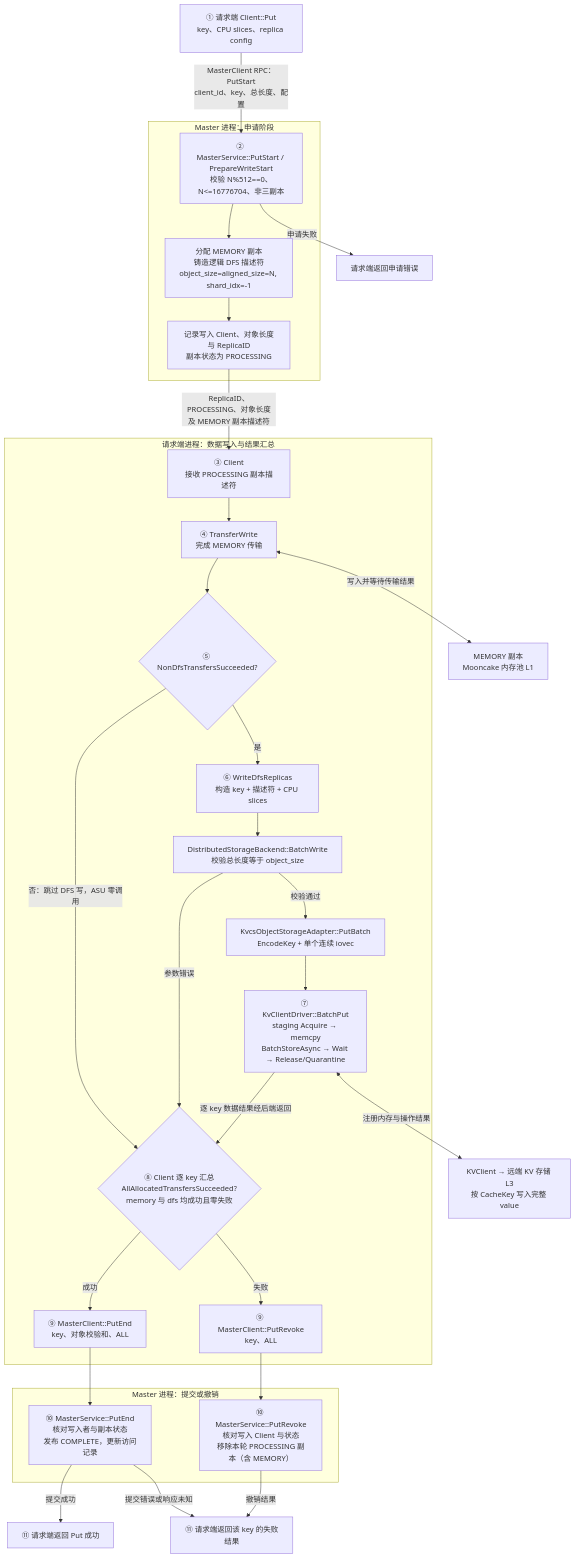
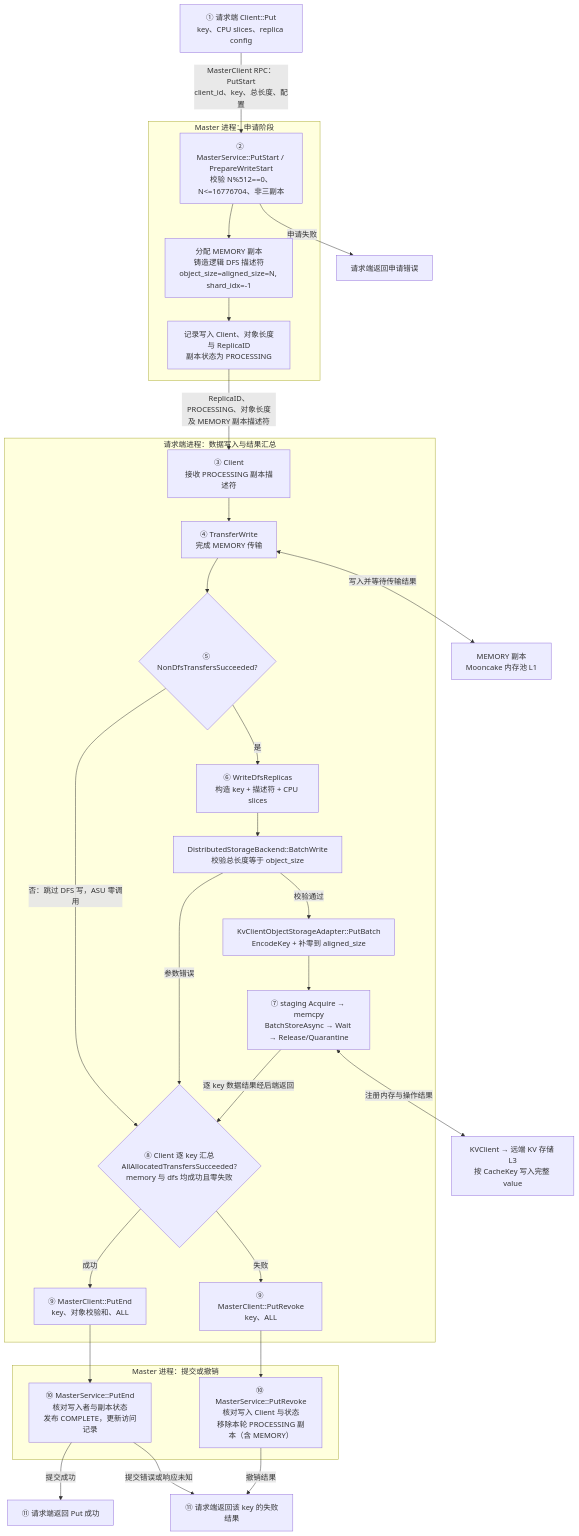
One commit to zwj20000328-dotcom/Mooncake-documents changed the fourth of 13 diagrams in Mooncake + KVClient L3 接入（Kvcs）- v3.md. Above: the diagram before and after it, drawn with Mermaid. The commit also changed other lines of this file, not shown here.

Commit message:
modified : Mooncake + KVClient L3 接入（Kvcs）- v3.md

````diff
--- a/Mooncake + KVClient L3 接入（Kvcs）- v3.md
+++ b/Mooncake + KVClient L3 接入（Kvcs）- v3.md
@@ -431,60 +390,60 @@
 ```mermaid
 flowchart TB
     C1["① 请求端 Client::Put<br/>key、CPU slices、replica config"]
 
     subgraph MasterStart["Master 进程：申请阶段"]
         START["② MasterService::PutStart / PrepareWriteStart<br/>校验 N%512==0、N<=16776704、非三副本"]
         ALLOC["分配 MEMORY 副本<br/>铸造逻辑 DFS 描述符<br/>object_size=aligned_size=N, shard_idx=-1"]
         META["记录写入 Client、对象长度与 ReplicaID<br/>副本状态为 PROCESSING"]
 
         START --> ALLOC
         ALLOC --> META
     end
 
     subgraph Request["请求端进程：数据写入与结果汇总"]
         C2["③ Client<br/>接收 PROCESSING 副本描述符"]
         T["④ TransferWrite<br/>完成 MEMORY 传输"]
         GATE{"⑤ NonDfsTransfersSucceeded?"}
         W["⑥ WriteDfsReplicas<br/>构造 key + 描述符 + CPU slices"]
         B["DistributedStorageBackend::BatchWrite<br/>校验总长度等于 object_size"]
-        O["KvcsObjectStorageAdapter::PutBatch<br/>EncodeKey + 单个连续 iovec"]
-        D["⑦ KvClientDriver::BatchPut<br/>staging Acquire → memcpy<br/>BatchStoreAsync → Wait → Release/Quarantine"]
+        O["KvClientObjectStorageAdapter::PutBatch<br/>EncodeKey + 补零到 aligned_size"]
+        D["⑦ staging Acquire → memcpy<br/>BatchStoreAsync → Wait → Release/Quarantine"]
         J{"⑧ Client 逐 key 汇总<br/>AllAllocatedTransfersSucceeded?<br/>memory 与 dfs 均成功且零失败"}
         END["⑨ MasterClient::PutEnd<br/>key、对象校验和、ALL"]
         REVOKE["⑨ MasterClient::PutRevoke<br/>key、ALL"]
 
         C2 --> T
         T --> GATE
         GATE -->|"是"| W
         GATE -->|"否：跳过 DFS 写，ASU 零调用"| J
         W --> B
         B -->|"校验通过"| O
         B -->|"参数错误"| J
         O --> D
         D -->|"逐 key 数据结果经后端返回"| J
         J -->|"成功"| END
         J -->|"失败"| REVOKE
     end
 
     subgraph MasterFinish["Master 进程：提交或撤销"]
         COMMIT["⑩ MasterService::PutEnd<br/>核对写入者与副本状态<br/>发布 COMPLETE，更新访问记录"]
         ABORT["⑩ MasterService::PutRevoke<br/>核对写入 Client 与状态<br/>移除本轮 PROCESSING 副本（含 MEMORY）"]
     end
 
     OK["⑪ 请求端返回 Put 成功"]
     FAIL["⑪ 请求端返回该 key 的失败结果"]
     REJECT["请求端返回申请错误"]
     RAM["MEMORY 副本<br/>Mooncake 内存池 L1"]
     S["KVClient → 远端 KV 存储 L3<br/>按 CacheKey 写入完整 value"]
 
     C1 -->|"MasterClient RPC：PutStart<br/>client_id、key、总长度、配置"| START
     START -->|"申请失败"| REJECT
     META -->|"ReplicaID、PROCESSING、对象长度<br/>及 MEMORY 副本描述符"| C2
     T <-->|"写入并等待传输结果"| RAM
     D <-->|"注册内存与操作结果"| S
     END --> COMMIT
     COMMIT -->|"提交成功"| OK
     COMMIT -->|"提交错误或响应未知"| FAIL
     REVOKE --> ABORT
     ABORT -->|"撤销结果"| FAIL
 ```
````
